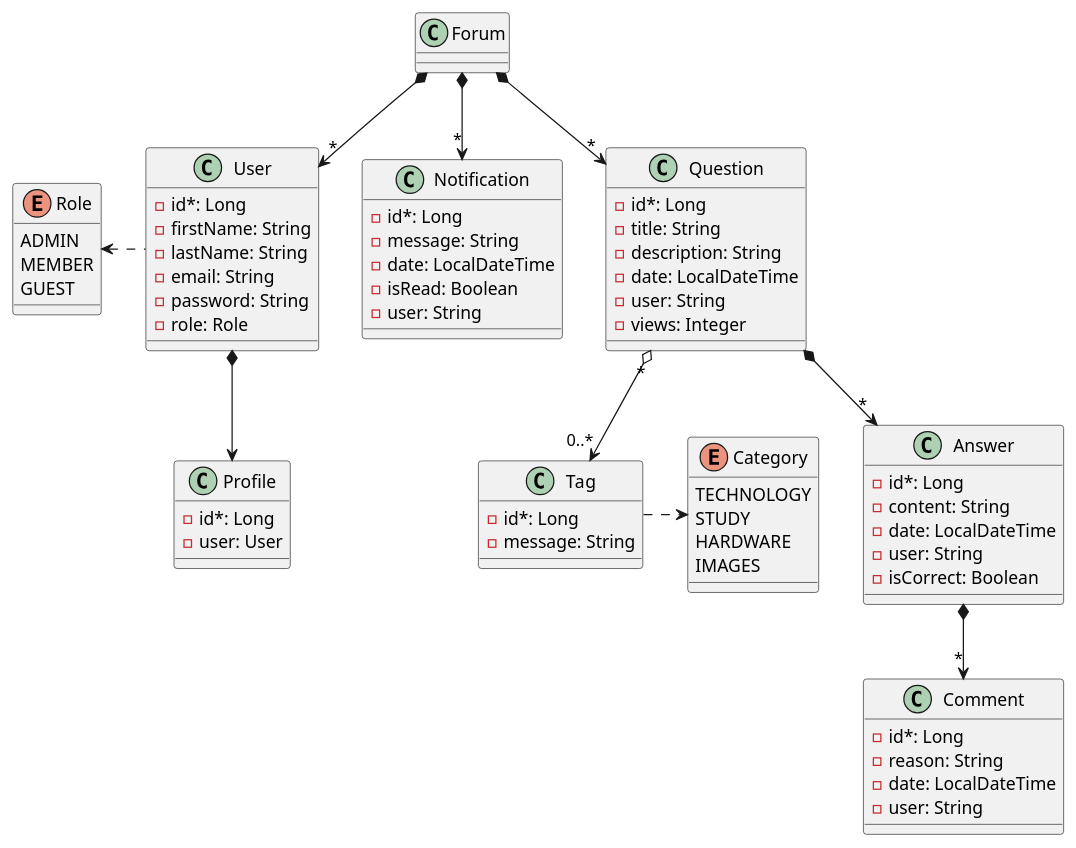
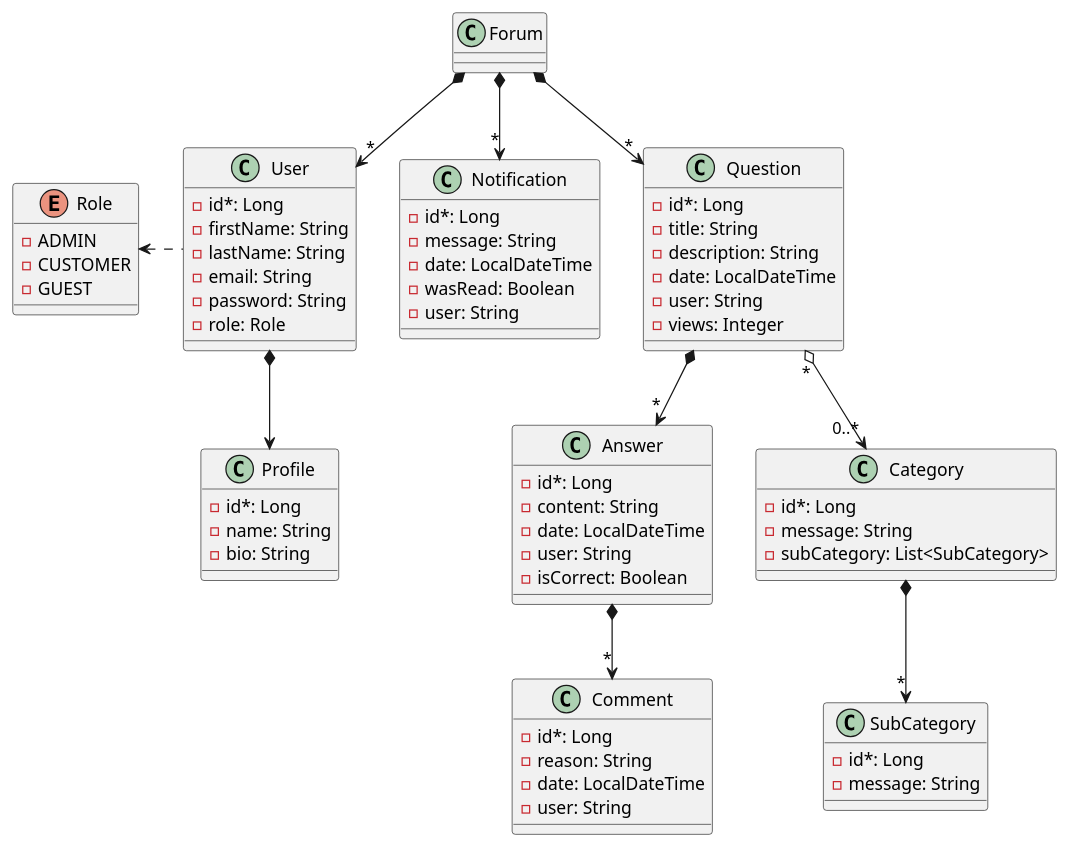
Before and after one commit to rafaelacirino/miw-backend-foro: the diagram in src/main/resources/templates/modeloDominio.plantuml, drawn with PlantUML. The commit also changed 1 other file, not shown here.

```diff
--- a/src/main/resources/templates/modeloDominio.plantuml
+++ b/src/main/resources/templates/modeloDominio.plantuml
@@ -1,78 +1,78 @@
 @startuml
 
 Forum *-down-> "*" User
 Forum *-down-> "*" Notification
 Forum *-down-> "*" Question
 User *-down-> Profile
 User .-left-> Role
 Question *-down-> "*" Answer
-Question "*" o-down-> "0..*" Tag
-Tag .-right-> Category
+Question "*" o-down-> "0..*" Category
+Category *-down-> "*" SubCategory
 Answer *-down-> "*" Comment
 
 
 class User {
 - id*: Long
 - firstName: String
 - lastName: String
 - email: String
 - password: String
 - role: Role
 }
 
+enum Role {
+- ADMIN
+- CUSTOMER
+- GUEST
+}
+
 class Profile {
 - id*: Long
-- user: User
+- name: String
+- bio: String
 }
 
 class Question {
 - id*: Long
 - title: String
 - description: String
 - date: LocalDateTime
 - user: String
 - views: Integer
 }
 
 class Answer {
 - id*: Long
 - content: String
 - date: LocalDateTime
 - user: String
 - isCorrect: Boolean
 }
 
 class Comment {
 - id*: Long
 - reason: String
 - date: LocalDateTime
 - user: String
 }
 
-class Tag {
+class Category {
 - id*: Long
 - message: String
+- subCategory: List<SubCategory>
 }
 
-enum Role {
-ADMIN
-MEMBER
-GUEST
-}
-
-enum Category {
-TECHNOLOGY
-STUDY
-HARDWARE
-IMAGES
+class SubCategory {
+- id*: Long
+- message: String
 }
 
 class Notification {
 - id*: Long
 - message: String
 - date: LocalDateTime
-- isRead: Boolean
+- wasRead: Boolean
 - user: String
 }
 
 @enduml
```
